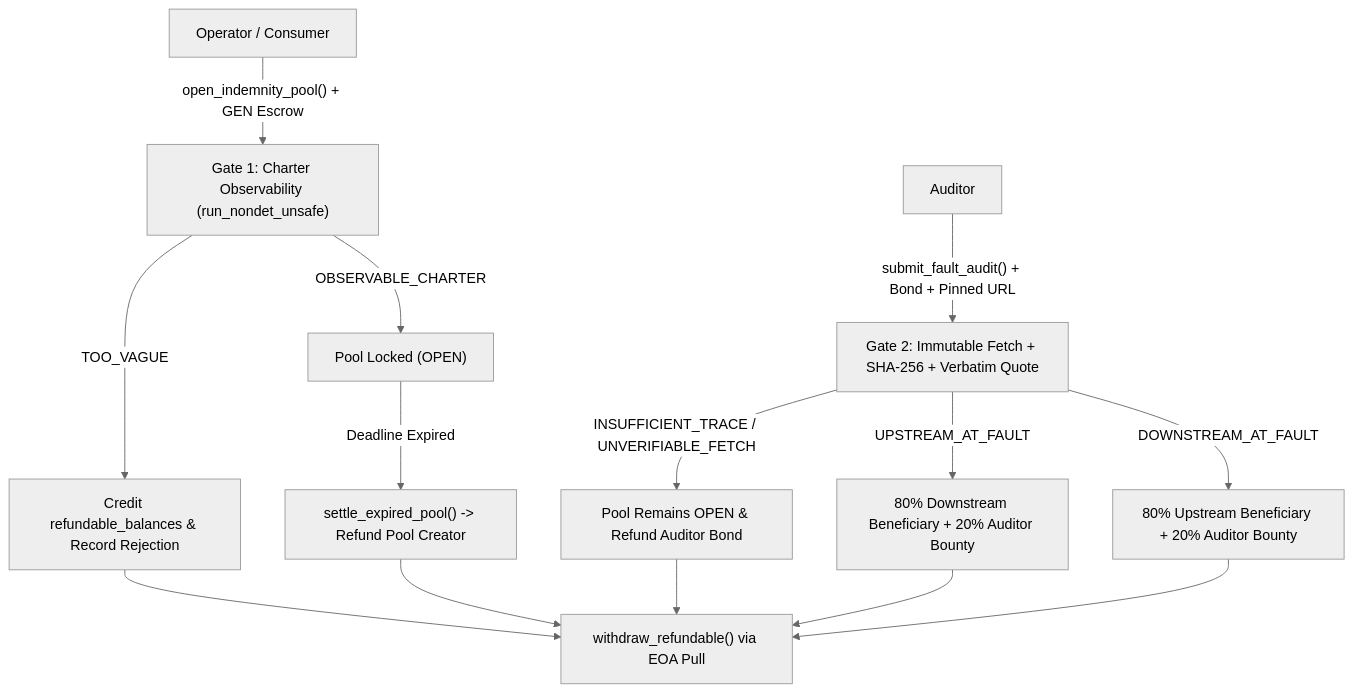
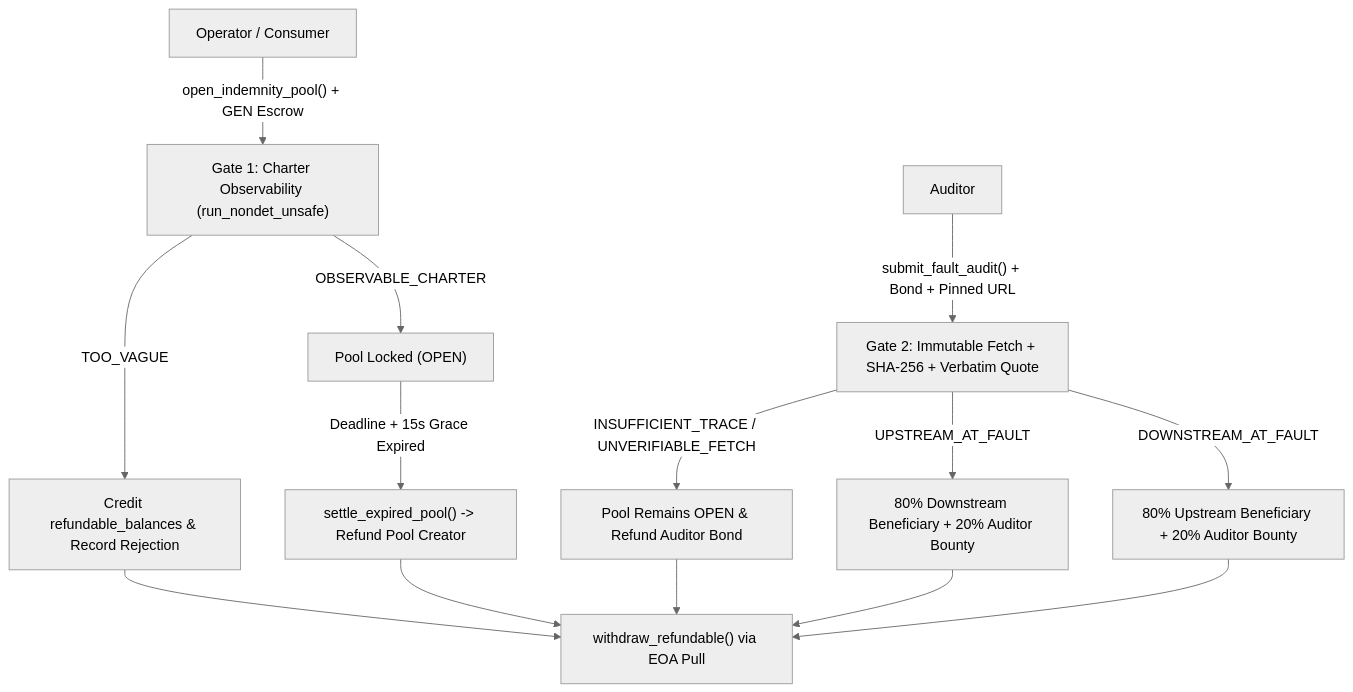
Before and after one commit to Kanezar3/Cascade: the diagram in README.md, drawn with Mermaid (neutral theme). The commit also changed other lines of this file and 6 other files, not shown here.

Commit message:
fix: refund INSUFFICIENT_TRACE bond to auditor and enforce AUDIT_GRACE_SECONDS on expiry

````diff
--- a/README.md
+++ b/README.md
@@ -17,12 +17,12 @@
 ```mermaid
 flowchart TD
   A["Operator / Consumer"] -->|"open_indemnity_pool() + GEN Escrow"| B["Gate 1: Charter Observability (run_nondet_unsafe)"]
   B -->|"TOO_VAGUE"| C["Credit refundable_balances & Record Rejection"]
   B -->|"OBSERVABLE_CHARTER"| D["Pool Locked (OPEN)"]
   E["Auditor"] -->|"submit_fault_audit() + Bond + Pinned URL"| F["Gate 2: Immutable Fetch + SHA-256 + Verbatim Quote"]
   F -->|"INSUFFICIENT_TRACE / UNVERIFIABLE_FETCH"| G["Pool Remains OPEN & Refund Auditor Bond"]
   F -->|"UPSTREAM_AT_FAULT"| H["80% Downstream Beneficiary + 20% Auditor Bounty"]
   F -->|"DOWNSTREAM_AT_FAULT"| I["80% Upstream Beneficiary + 20% Auditor Bounty"]
-  D -->|"Deadline Expired"| J["settle_expired_pool() -> Refund Pool Creator"]
+  D -->|"Deadline + 15s Grace Expired"| J["settle_expired_pool() -> Refund Pool Creator"]
   H & I & C & G & J --> K["withdraw_refundable() via EOA Pull"]
 ```
````
